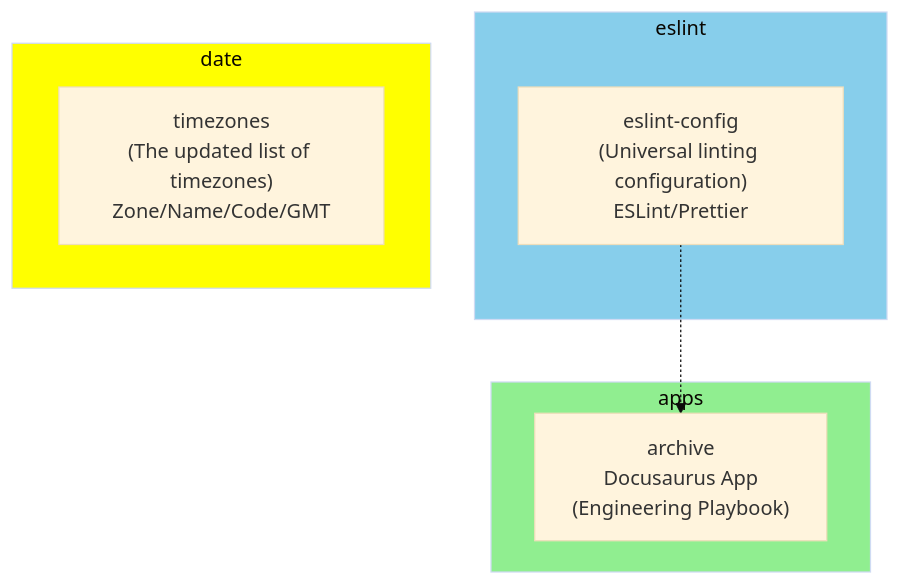
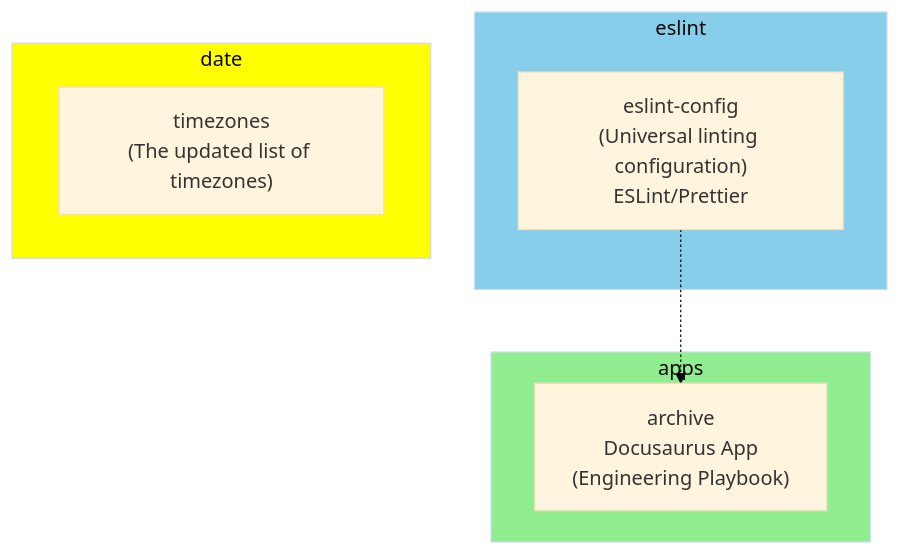
The first of 3 diagrams in README.md (runespoor-engineering/runespoorstack), drawn with Mermaid (base theme) before and after one commit. The commit also changed 1 other file, not shown here.

Commit message:
docs(readme): fix typos

````diff
--- a/README.md
+++ b/README.md
@@ -17,20 +17,20 @@
 ```mermaid
 flowchart TB
     subgraph eslint
         eslint-config["eslint-config\n(Universal linting configuration)\nESLint/Prettier"]
     end
 
      subgraph date
-        timezones["timezones\n(The updated list of timezones)\nZone/Name/Code/GMT"]
+        timezones["timezones\n(The updated list of timezones)"]
     end
 
     subgraph apps
         archive["archive\nDocusaurus App\n(Engineering Playbook)"]
     end
 
     eslint-config .-> archive
 
     style apps fill:lightgreen
     style eslint fill:skyblue
     style date fill:yellow
 ```
````
